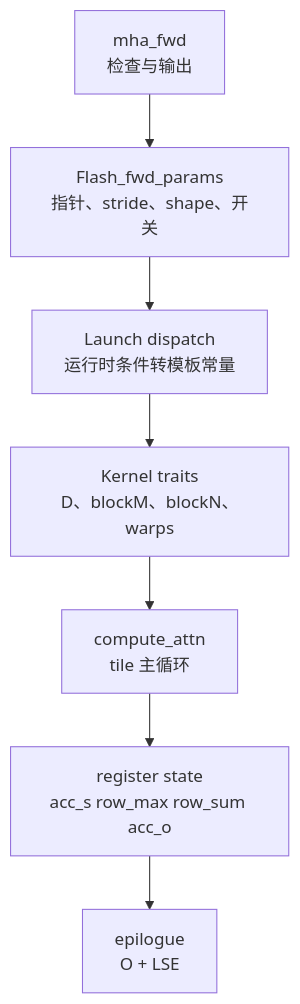
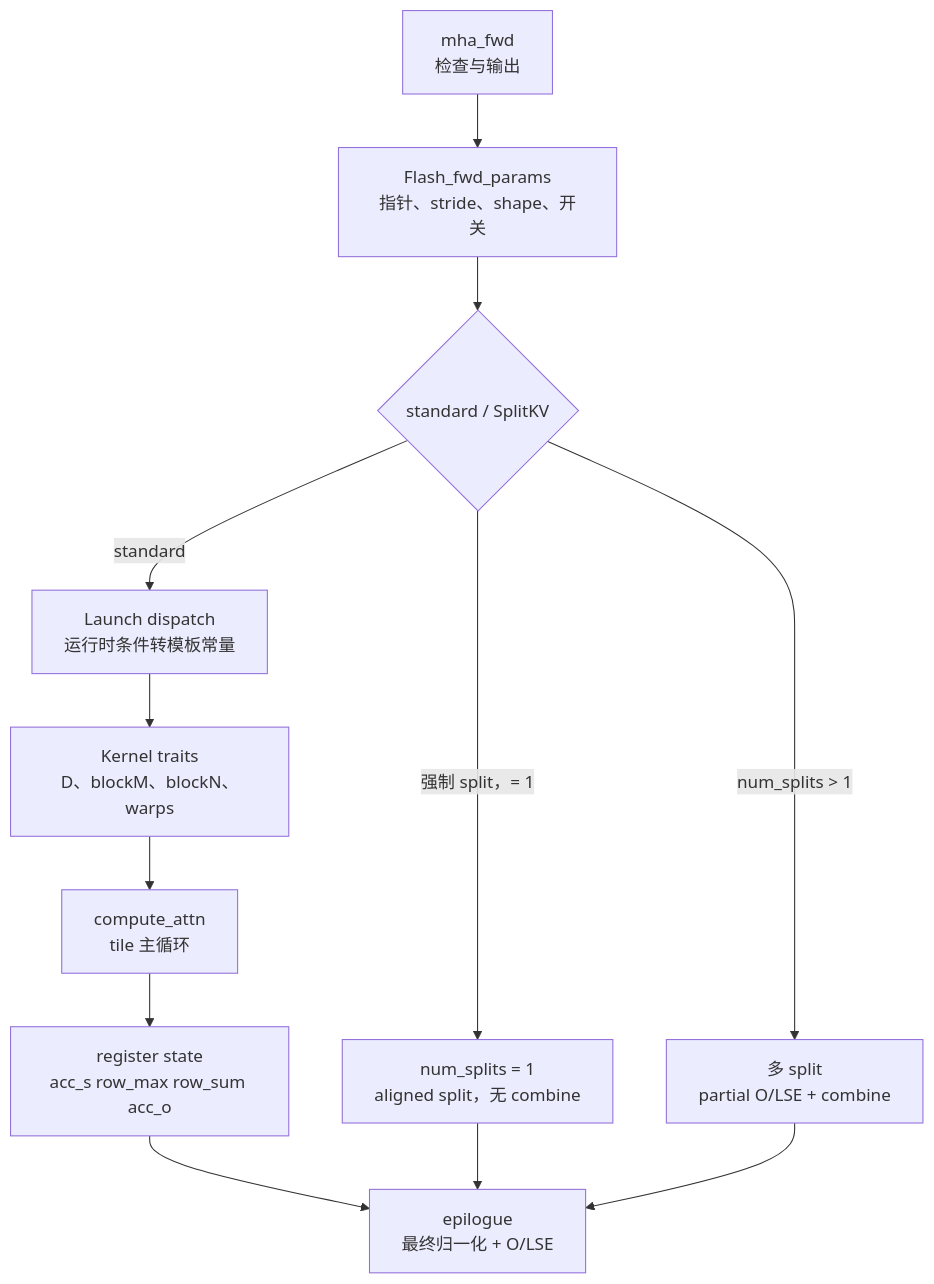
Before and after one commit to OnlyHero5/sglang-reading-vault: the diagram in flash-attn_reading/CUDA内核/FA2-Forward/FlashAttention-FA2-Forward.md, drawn with Mermaid. The commit also changed other lines of this file and 512 other files, not shown here.

````diff
--- a/flash-attn_reading/CUDA内核/FA2-Forward/FlashAttention-FA2-Forward.md
+++ b/flash-attn_reading/CUDA内核/FA2-Forward/FlashAttention-FA2-Forward.md
@@ -53,11 +58,17 @@
 ```mermaid
 flowchart TB
     API["mha_fwd<br/>检查与输出"]
     PARAM["Flash_fwd_params<br/>指针、stride、shape、开关"]
+    SPLIT{"standard / SplitKV"}
     TRAITS["Kernel traits<br/>D、blockM、blockN、warps"]
     DISPATCH["Launch dispatch<br/>运行时条件转模板常量"]
     LOOP["compute_attn<br/>tile 主循环"]
     STATE["register state<br/>acc_s row_max row_sum acc_o"]
-    STORE["epilogue<br/>O + LSE"]
-    API --> PARAM --> DISPATCH --> TRAITS --> LOOP --> STATE --> STORE
+    ALIGNED["num_splits = 1<br/>aligned split，无 combine"]
+    PARTIAL["多 split<br/>partial O/LSE + combine"]
+    STORE["epilogue<br/>最终归一化 + O/LSE"]
+    API --> PARAM --> SPLIT
+    SPLIT -->|standard| DISPATCH --> TRAITS --> LOOP --> STATE --> STORE
+    SPLIT -->|强制 split，= 1| ALIGNED --> STORE
+    SPLIT -->|num_splits > 1| PARTIAL --> STORE
 ```
````
